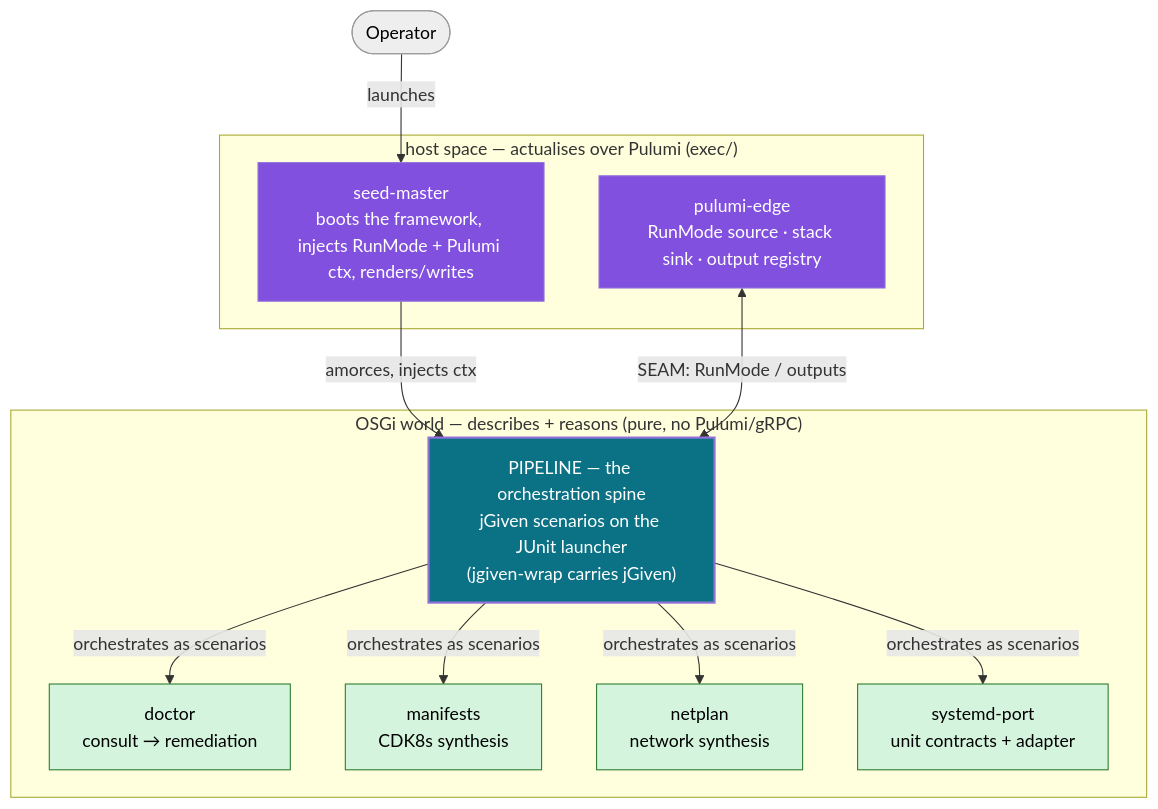
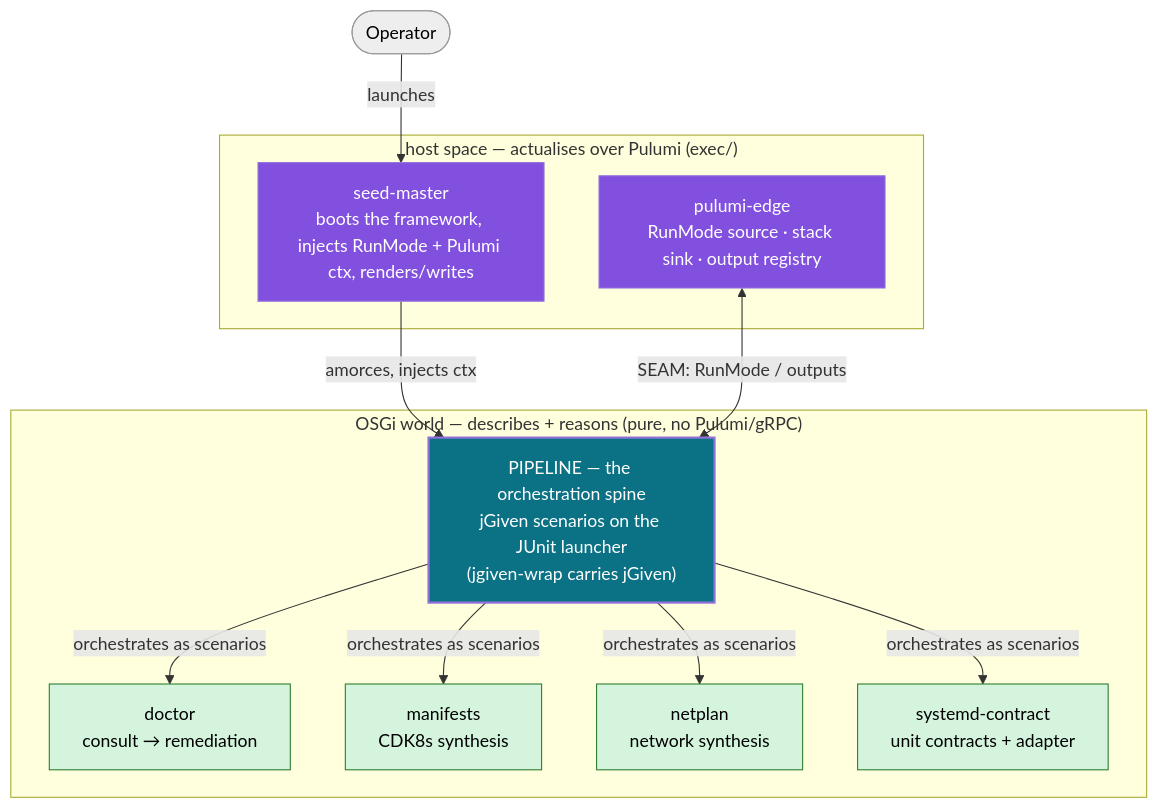
One commit to nxmatic/rke2lab changed the second of 4 diagrams in docs/architecture/bdd/bdd.adoc. Above: the diagram before and after it, drawn with Mermaid. The commit also changed other lines of this file and 25 other files, not shown here.

```diff
--- a/docs/architecture/bdd/bdd.adoc
+++ b/docs/architecture/bdd/bdd.adoc
@@ -98,27 +98,27 @@
 [mermaid]
 ....
 flowchart TB
   op(["Operator"]):::person
   subgraph host["host space — actualises over Pulumi (exec/)"]
     seed["seed-master<br/>boots the framework, injects RunMode + Pulumi ctx, renders/writes"]:::hostc
     edge["pulumi-edge<br/>RunMode source · stack sink · output registry"]:::hostc
   end
   subgraph osgi["OSGi world — describes + reasons (pure, no Pulumi/gRPC)"]
     pipe["PIPELINE — the orchestration spine<br/>jGiven scenarios on the JUnit launcher<br/>(jgiven-wrap carries jGiven)"]:::focus
     doctor["doctor<br/>consult → remediation"]:::sub
     manifests["manifests<br/>CDK8s synthesis"]:::sub
     netplan["netplan<br/>network synthesis"]:::sub
-    systemd["systemd-port<br/>unit contracts + adapter"]:::sub
+    systemd["systemd-contract<br/>unit contracts + adapter"]:::sub
   end
   op -->|launches| seed
   seed -->|amorces, injects ctx| pipe
   edge <-->|SEAM: RunMode / outputs| pipe
   pipe -->|orchestrates as scenarios| doctor
   pipe -->|orchestrates as scenarios| manifests
   pipe -->|orchestrates as scenarios| netplan
   pipe -->|orchestrates as scenarios| systemd
   classDef person fill:#eee,stroke:#999,color:#000;
   classDef focus fill:#0b7285,color:#fff,stroke-width:2px;
   classDef sub fill:#d4f4dd,stroke:#2e7d32,color:#000;
   classDef hostc fill:#8250df,color:#fff;
 ....
```
